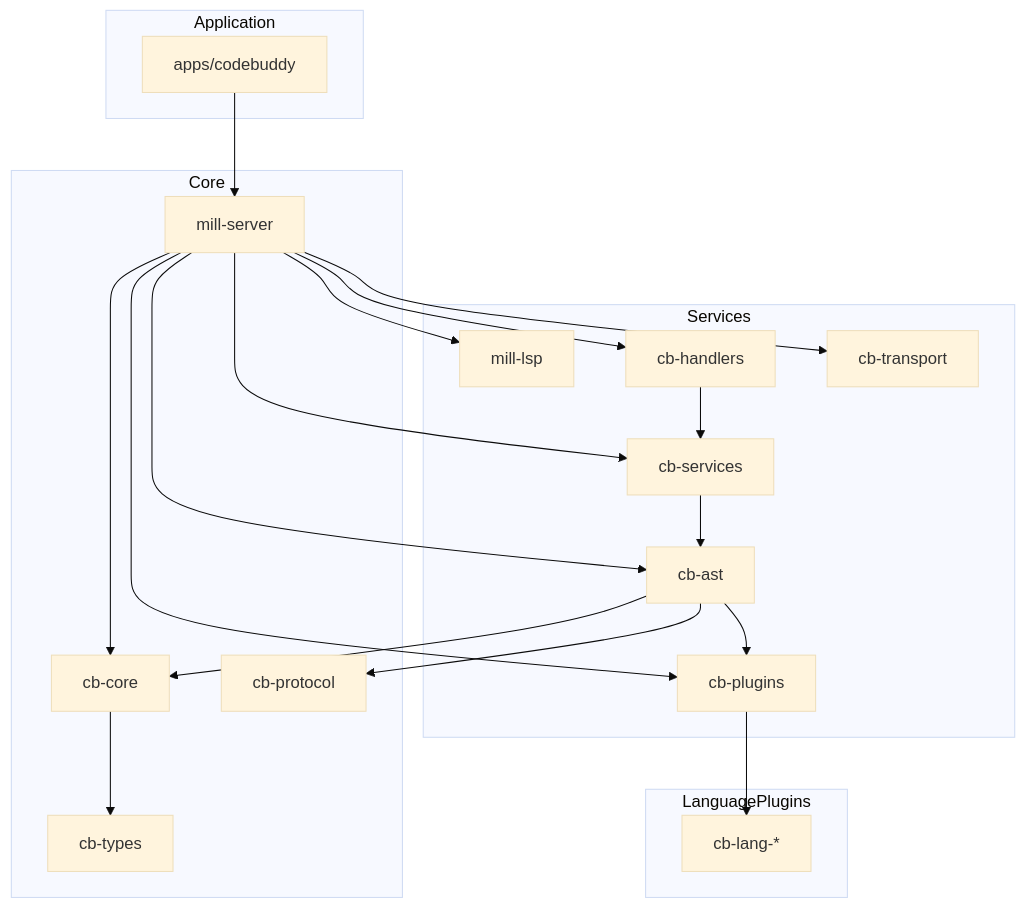
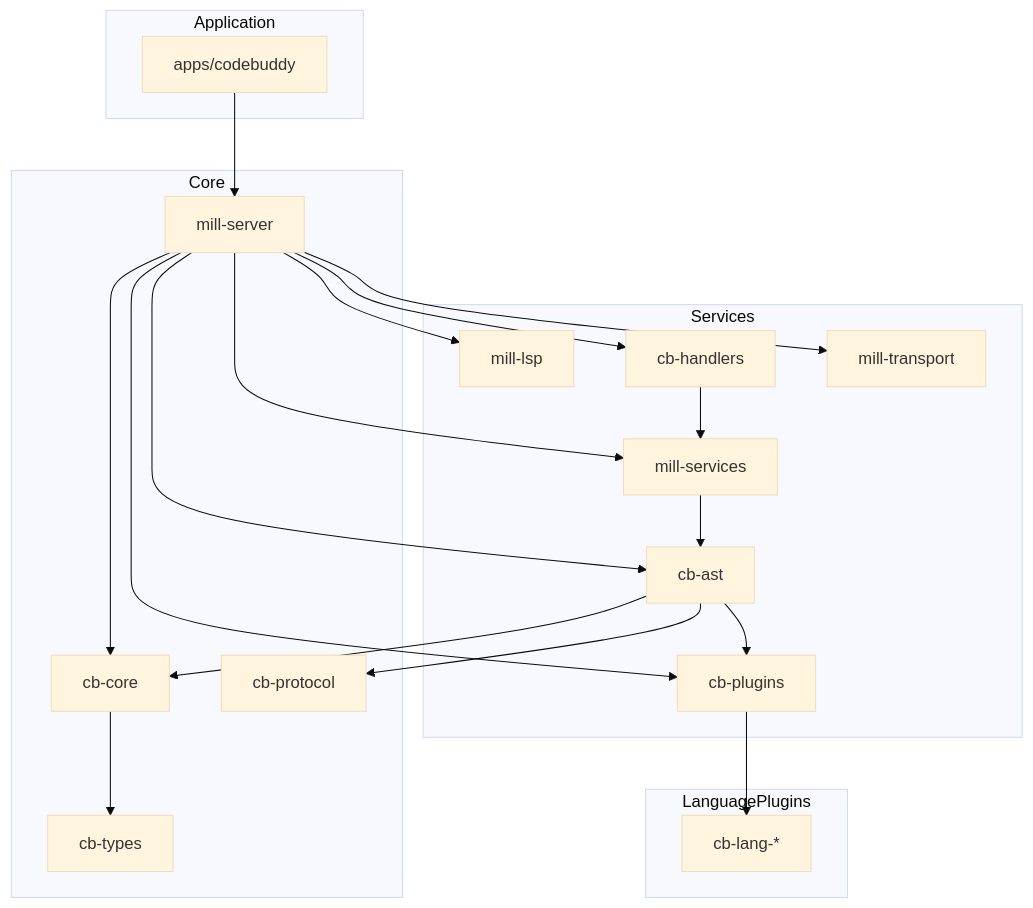
Before and after one commit to pleme-io/typemill: the first of 2 diagrams in docs/architecture/overview.md, drawn with Mermaid (base theme). The commit also changed other lines of this file and 74 other files, not shown here.

First line of the commit message:
refactor: Rename cb-services → mill-services and cb-transport → mill-transport (dogfooding)

````diff
--- a/docs/architecture/overview.md
+++ b/docs/architecture/overview.md
@@ -13,43 +13,43 @@
 ```mermaid
 graph TD
     subgraph Application
         A[apps/codebuddy]
     end
 
     subgraph Core
         B[mill-server]
         C[cb-core]
         D[cb-types]
         E[cb-protocol]
     end
 
     subgraph Services
         F[cb-ast]
         G[cb-plugins]
         H[mill-lsp]
-        I[cb-services]
+        I[mill-services]
         J[cb-handlers]
-        K[cb-transport]
+        K[mill-transport]
     end
 
     subgraph LanguagePlugins
         L[cb-lang-*]
     end
 
     A --> B
     B --> C
     B --> F
     B --> G
     B --> H
     B --> I
     B --> J
     B --> K
 
     C --> D
     F --> C
     F --> E
     F --> G
     G --> L
     J --> I
     I --> F
 ```
````
